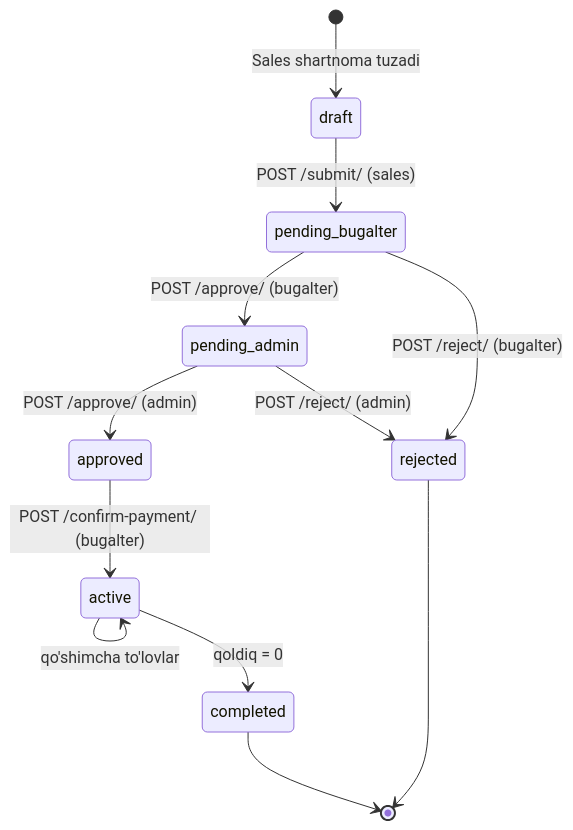
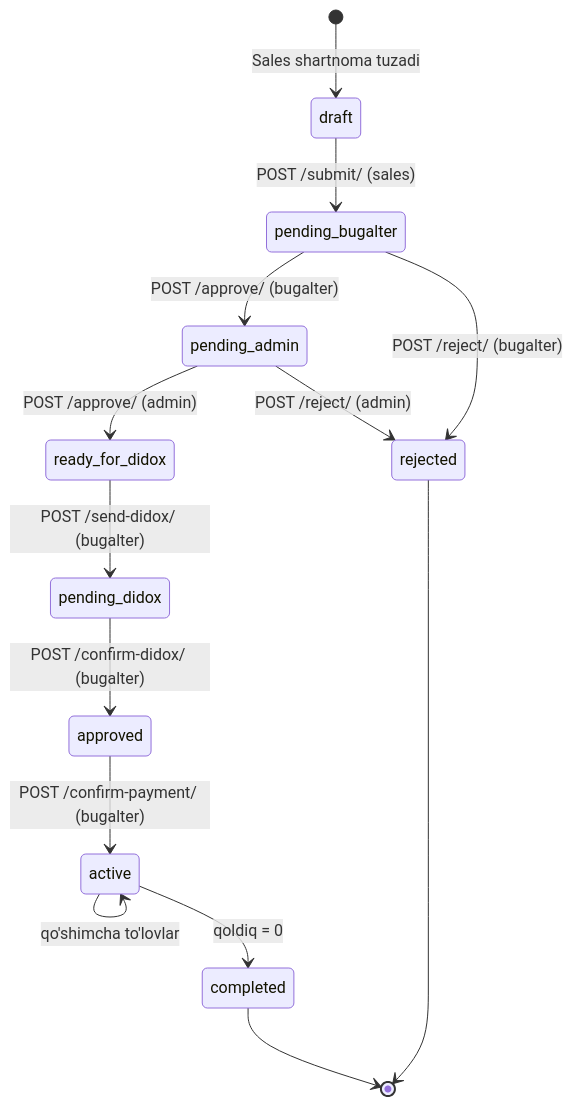
Before and after one commit to krv006/Warehouse-CRM_V2: the first of 6 diagrams in docs/06-WORKFLOWS.md, drawn with Mermaid. The commit also changed other lines of this file and 43 other files, not shown here.

````diff
--- a/docs/06-WORKFLOWS.md
+++ b/docs/06-WORKFLOWS.md
@@ -5,14 +9,16 @@
 ```mermaid
 stateDiagram-v2
     [*] --> draft: Sales shartnoma tuzadi
     draft --> pending_bugalter: POST /submit/ (sales)
     pending_bugalter --> pending_admin: POST /approve/ (bugalter)
     pending_bugalter --> rejected: POST /reject/ (bugalter)
-    pending_admin --> approved: POST /approve/ (admin)
+    pending_admin --> ready_for_didox: POST /approve/ (admin)
     pending_admin --> rejected: POST /reject/ (admin)
+    ready_for_didox --> pending_didox: POST /send-didox/ (bugalter)
+    pending_didox --> approved: POST /confirm-didox/ (bugalter)
     approved --> active: POST /confirm-payment/ (bugalter)
     active --> active: qo'shimcha to'lovlar
     active --> completed: qoldiq = 0
     rejected --> [*]
     completed --> [*]
 ```
````
